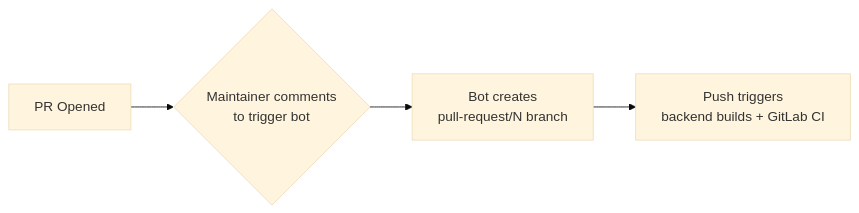
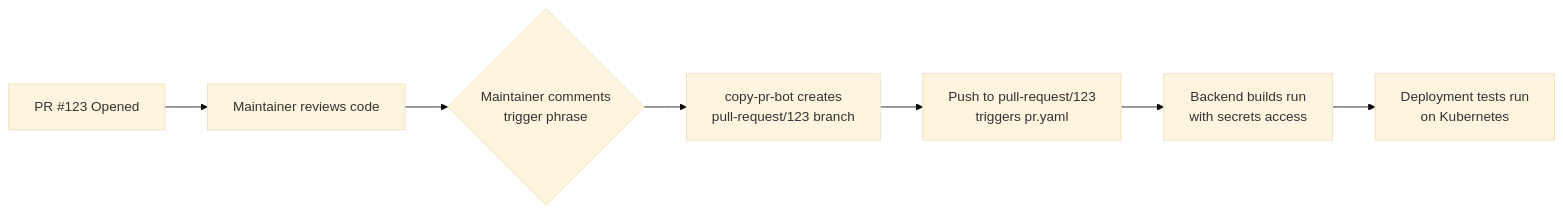
The first of 5 diagrams in .github/PR_WORKFLOW.md (ai-dynamo/dynamo), drawn with Mermaid (base theme) before and after one commit. The commit also changed other lines of this file and 2 other files, not shown here.

````diff
--- a/.github/PR_WORKFLOW.md
+++ b/.github/PR_WORKFLOW.md
@@ -19,6 +23,9 @@
 ```mermaid
 flowchart LR
-    A[PR Opened] --> B{Maintainer comments<br/>to trigger bot}
-    B --> C[Bot creates<br/>pull-request/N branch]
-    C --> D[Push triggers<br/>backend builds + GitLab CI]
+    A[PR #123 Opened] --> B[Maintainer reviews code]
+    B --> C{Maintainer comments<br/>trigger phrase}
+    C --> D[copy-pr-bot creates<br/>pull-request/123 branch]
+    D --> E[Push to pull-request/123<br/>triggers pr.yaml]
+    E --> F[Backend builds run<br/>with secrets access]
+    F --> G[Deployment tests run<br/>on Kubernetes]
 ```
````
